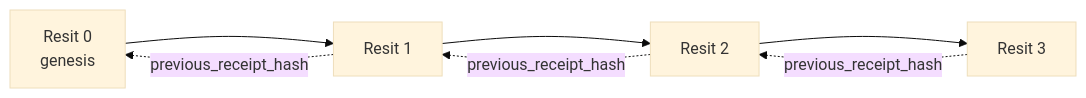
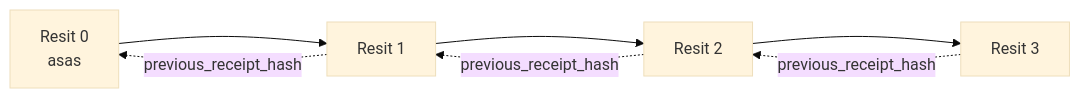
Before and after one commit to gabrielmoreira/agent-skills-mirror: the second of 2 diagrams in mirrors/repos/microsoft@ai-agents-for-beginners/translations/ms/18-securing-ai-agents/README.md, drawn with Mermaid (base theme). The commit also changed other lines of this file and 4262 other files, not shown here.

````diff
--- a/mirrors/repos/microsoft@ai-agents-for-beginners/translations/ms/18-securing-ai-agents/README.md
+++ b/mirrors/repos/microsoft@ai-agents-for-beginners/translations/ms/18-securing-ai-agents/README.md
@@ -206,9 +203,9 @@
 ```mermaid
 flowchart LR
-    R0[Resit 0<br/>genesis] --> R1[Resit 1]
+    R0[Resit 0<br/>asas] --> R1[Resit 1]
     R1 --> R2[Resit 2]
     R2 --> R3[Resit 3]
     R1 -. previous_receipt_hash .-> R0
     R2 -. previous_receipt_hash .-> R1
     R3 -. previous_receipt_hash .-> R2
 ```
````
